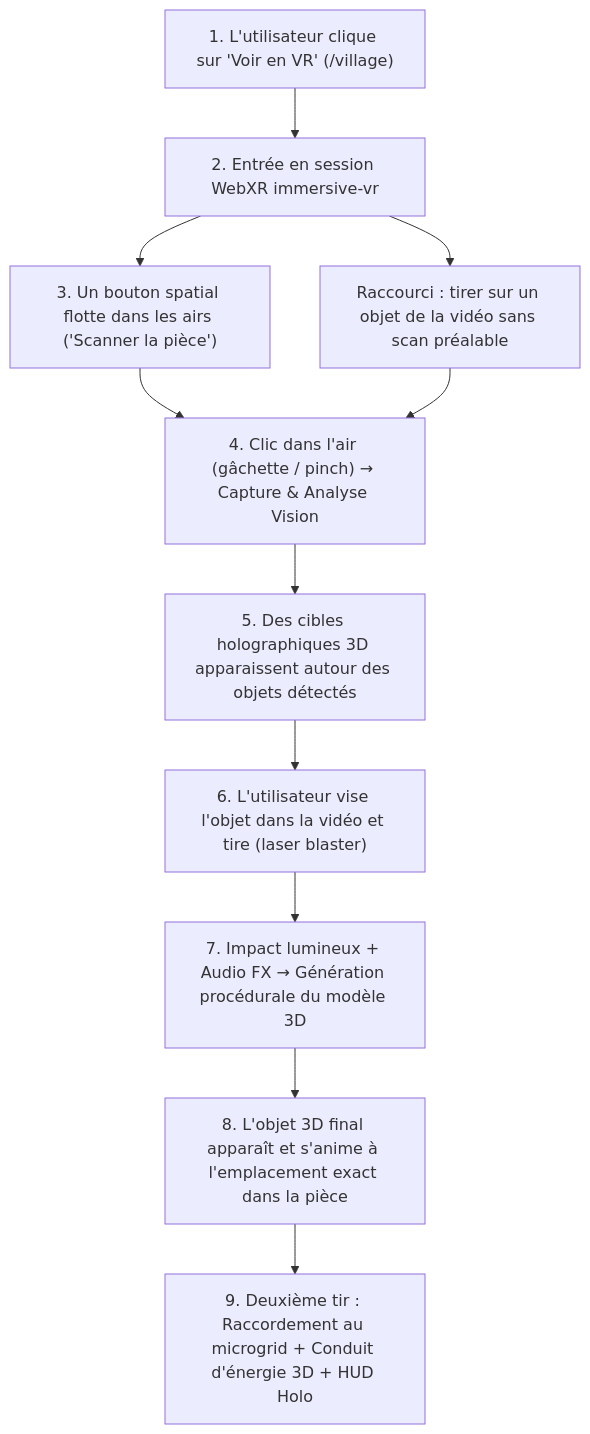
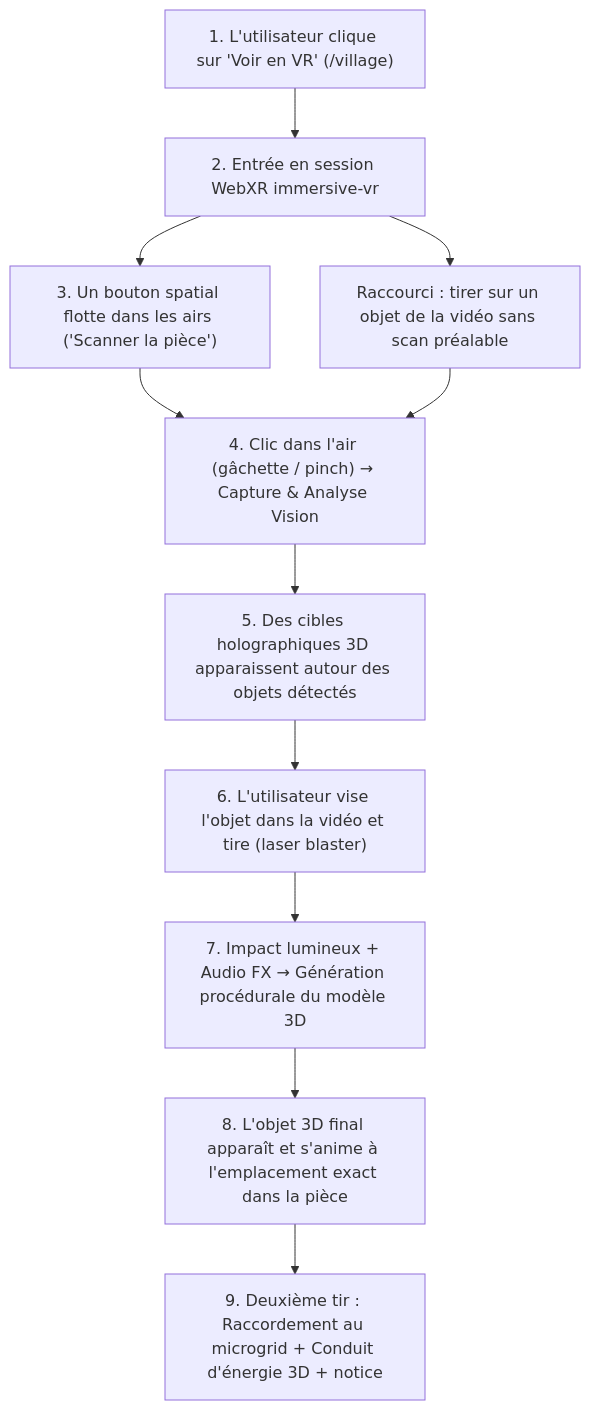
Before and after one commit to Tokiarivelo/mitsinjo-grid-vr: the diagram in docs/vr-village-spatial-detection.md, drawn with Mermaid. The commit also changed other lines of this file and 21 other files, not shown here.

````diff
--- a/docs/vr-village-spatial-detection.md
+++ b/docs/vr-village-spatial-detection.md
@@ -23,13 +23,13 @@
 ```mermaid
 flowchart TD
     A["1. L'utilisateur clique sur 'Voir en VR' (/village)"] --> B["2. Entrée en session WebXR immersive-vr"]
     B --> C["3. Un bouton spatial flotte dans les airs ('Scanner la pièce')"]
     C --> D["4. Clic dans l'air (gâchette / pinch) → Capture & Analyse Vision"]
     D --> E["5. Des cibles holographiques 3D apparaissent autour des objets détectés"]
     E --> F["6. L'utilisateur vise l'objet dans la vidéo et tire (laser blaster)"]
     B --> F2["Raccourci : tirer sur un objet de la vidéo sans scan préalable"]
     F2 --> D
     F --> G["7. Impact lumineux + Audio FX → Génération procédurale du modèle 3D"]
     G --> H["8. L'objet 3D final apparaît et s'anime à l'emplacement exact dans la pièce"]
-    H --> I["9. Deuxième tir : Raccordement au microgrid + Conduit d'énergie 3D + HUD Holo"]
+    H --> I["9. Deuxième tir : Raccordement au microgrid + Conduit d'énergie 3D + notice"]
 ```
````
